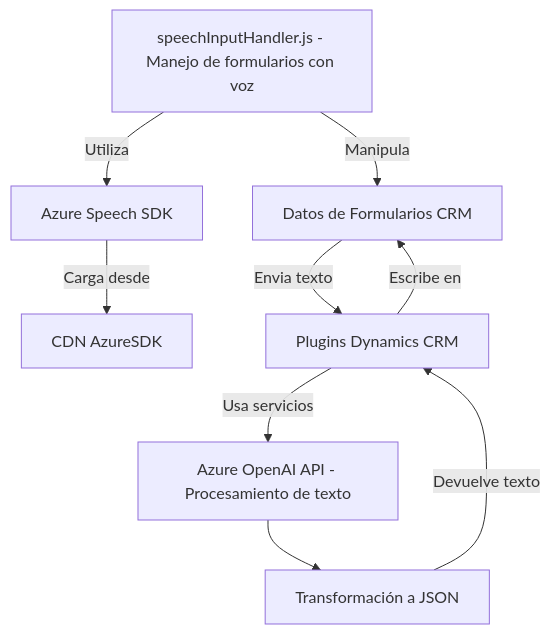
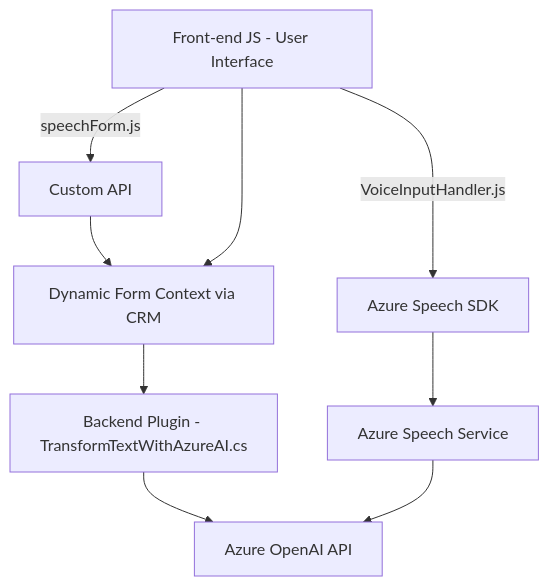
One commit to blopezdm/NETCORE_BILBAO2025 changed the diagram in README.md. Above: the diagram before and after it, drawn with Mermaid. The commit also changed other lines of this file, not shown here.

Commit message:
Actualizar análisis global de la solución con IA

````diff
--- a/README.md
+++ b/README.md
@@ -43,11 +54,11 @@
 ```mermaid
 graph TD
-    A["speechInputHandler.js - Manejo de formularios con voz"] -->|Utiliza| B["Azure Speech SDK"]
-    B -->|Carga desde| C["CDN AzureSDK"]
-    A -->|Manipula| D["Datos de Formularios CRM"]
-    D -->|Envia texto| E["Plugins Dynamics CRM"]
-    E -->|Usa servicios| F["Azure OpenAI API - Procesamiento de texto"]
-    F --> G["Transformación a JSON"]
-    G -->|Devuelve texto| E
-    E -->|Escribe en| D
+A["Front-end JS - User Interface"] -->|VoiceInputHandler.js| B["Azure Speech SDK"]
+A -->|speechForm.js| F["Custom API"]
+B --> C["Azure Speech Service"]
+F --> D["Dynamic Form Context via CRM"]
+A --> D
+D --> E["Backend Plugin - TransformTextWithAzureAI.cs"]
+E --> G["Azure OpenAI API"]
+C --> G
 ```
````
